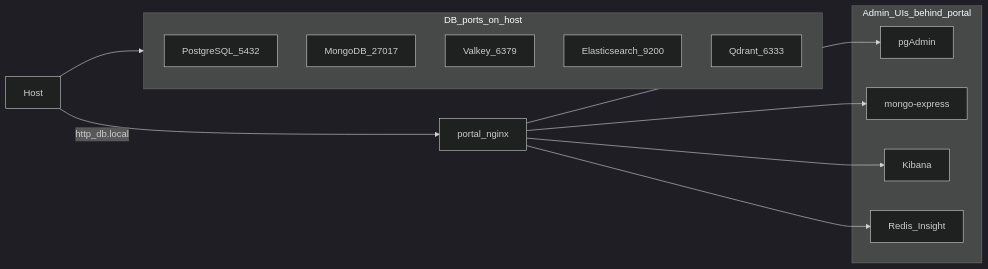
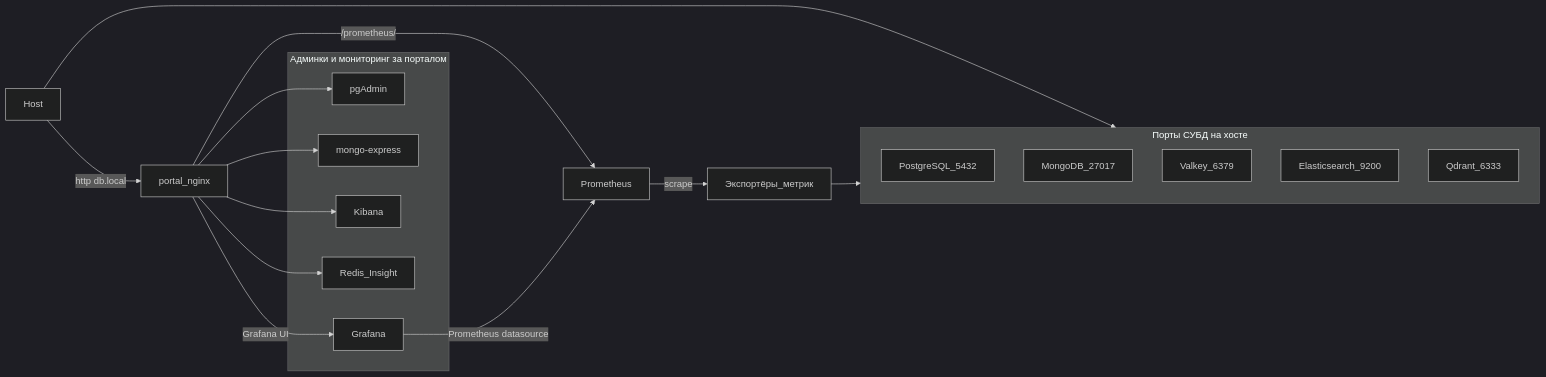
The diagram in README.md (boxvtk621/local-databases), drawn with Mermaid (dark theme) before and after one commit. The commit also changed other lines of this file and 20 other files, not shown here.

First line of the commit message:
Наблюдаемость: Prometheus, Grafana, экспортёры метрик и дашборды

````diff
--- a/README.md
+++ b/README.md
@@ -57,24 +70,32 @@
 ```mermaid
 flowchart LR
   host[Host]
   portal[portal_nginx]
-  subgraph data_ports [DB_ports_on_host]
+  prom[Prometheus]
+  exp[Экспортёры_метрик]
+  subgraph data_ports [Порты СУБД на хосте]
     pg[PostgreSQL_5432]
     mongo[MongoDB_27017]
     valkey[Valkey_6379]
     es[Elasticsearch_9200]
     qdrant[Qdrant_6333]
   end
-  subgraph ui_behind_proxy [Admin_UIs_behind_portal]
+  subgraph ui_behind_proxy [Админки и мониторинг за порталом]
     pgadmin[pgAdmin]
     mexpress[mongo-express]
     kibana[Kibana]
     ri[Redis_Insight]
+    graf[Grafana]
   end
-  host -->|http_db.local| portal
+  host -->|http db.local| portal
   portal --> pgadmin
   portal --> mexpress
   portal --> kibana
   portal --> ri
+  portal -->|Grafana UI| graf
+  portal -->|/prometheus/| prom
   host --> data_ports
+  prom -->|scrape| exp
+  exp --> data_ports
+  graf -->|Prometheus datasource| prom
 ```
````
